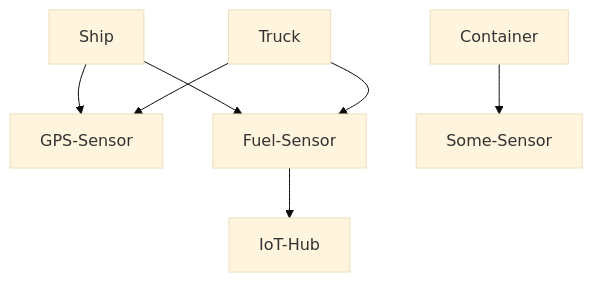
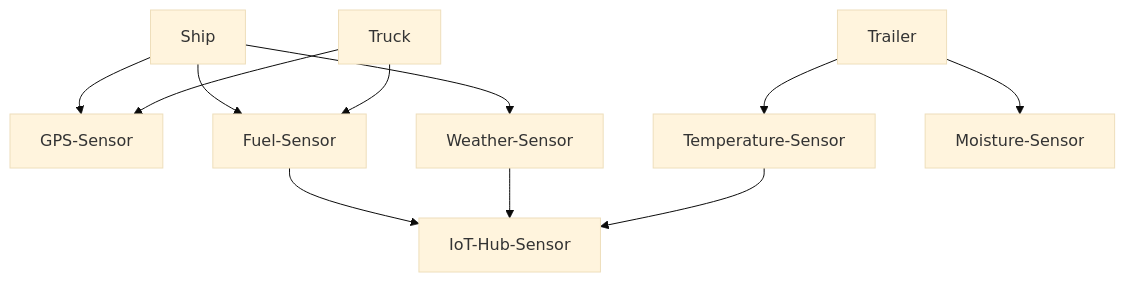
One commit to luebken/platform-example-logistics changed the second of 2 diagrams in demo.md. Above: the diagram before and after it, drawn with Mermaid (base theme). The commit also changed other lines of this file, not shown here.

Commit message:
new sensors and model

````diff
--- a/demo.md
+++ b/demo.md
@@ -27,9 +29,13 @@
 ```mermaid
   graph TD;
       Ship-->GPS-Sensor;
       Ship-->Fuel-Sensor;
+      Ship-->Weather-Sensor;
       Truck-->GPS-Sensor;
       Truck-->Fuel-Sensor;
-      Container-->Some-Sensor;
-      Fuel-Sensor-->IoT-Hub;
+      Trailer-->Temperature-Sensor;
+      Trailer-->Moisture-Sensor;
+      Fuel-Sensor-->IoT-Hub-Sensor;
+      Weather-Sensor-->IoT-Hub-Sensor;
+      Temperature-Sensor-->IoT-Hub-Sensor
 ```
````
